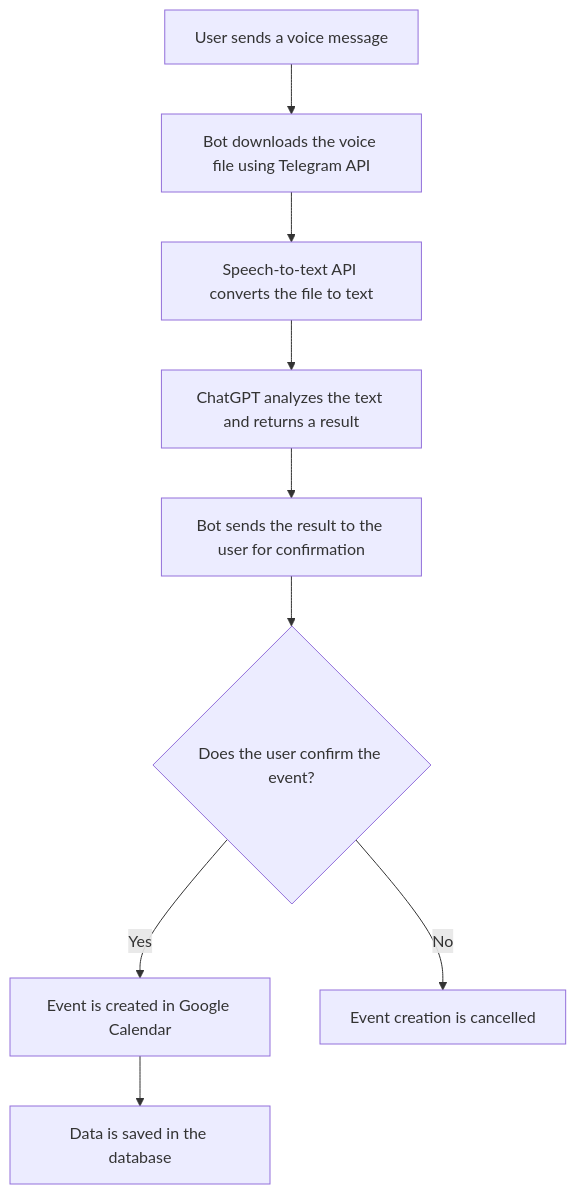
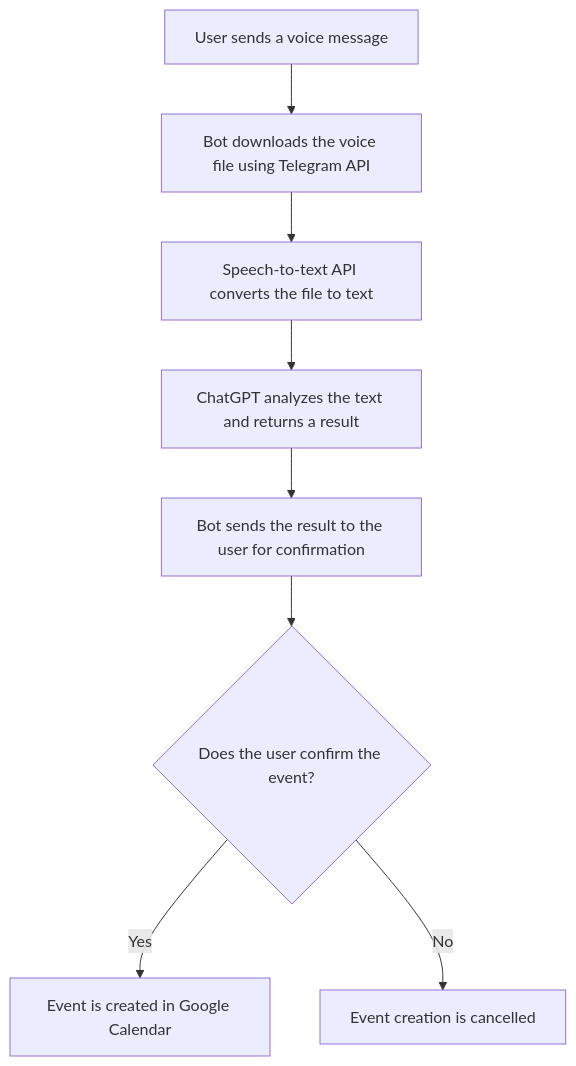
Before and after one commit to avkrapivin/telegram-calendar: the diagram in README.md, drawn with Mermaid. The commit also changed other lines of this file, not shown here.

````diff
--- a/README.md
+++ b/README.md
@@ -45,12 +42,11 @@
 ```mermaid
 graph TD;
     A[User sends a voice message] --> B[Bot downloads the voice file using Telegram API];
     B --> C[Speech-to-text API converts the file to text];
     C --> D[ChatGPT analyzes the text and returns a result];
     D --> E[Bot sends the result to the user for confirmation];
     E --> F{Does the user confirm the event?};
     F -- Yes --> G[Event is created in Google Calendar];
     F -- No --> H[Event creation is cancelled];
-    G --> I[Data is saved in the database];
 
 ```
````
